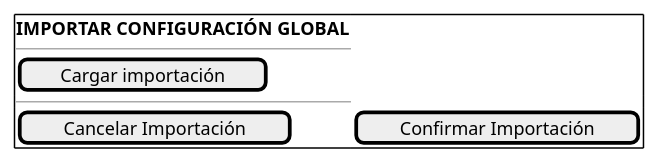
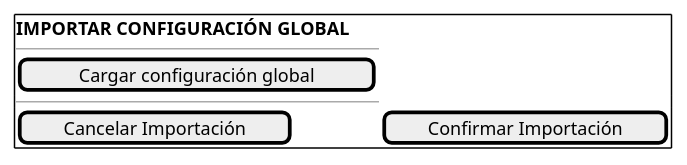
One commit to martinlopez7/25-26-IdSw1-SdR changed the diagram in documents/casos-de-uso/prototipadoCasosDeUso/importarConfiguracionGlobal/importarConfiguracionGlobalConfirmacion.puml. Above: the diagram before and after it, drawn with PlantUML. The commit also changed 7 other files, not shown here.

```diff
--- a/documents/casos-de-uso/prototipadoCasosDeUso/importarConfiguracionGlobal/importarConfiguracionGlobalConfirmacion.puml
+++ b/documents/casos-de-uso/prototipadoCasosDeUso/importarConfiguracionGlobal/importarConfiguracionGlobalConfirmacion.puml
@@ -1,12 +1,12 @@
 @startsalt
 {+
   <b>IMPORTAR CONFIGURACIÓN GLOBAL</b>
   --
   
-  [ Cargar importación ]
+  [ Cargar configuración global ]
   
   --
   
   [ Cancelar Importación ] | [ Confirmar Importación ]
 }
 @endsalt
```
